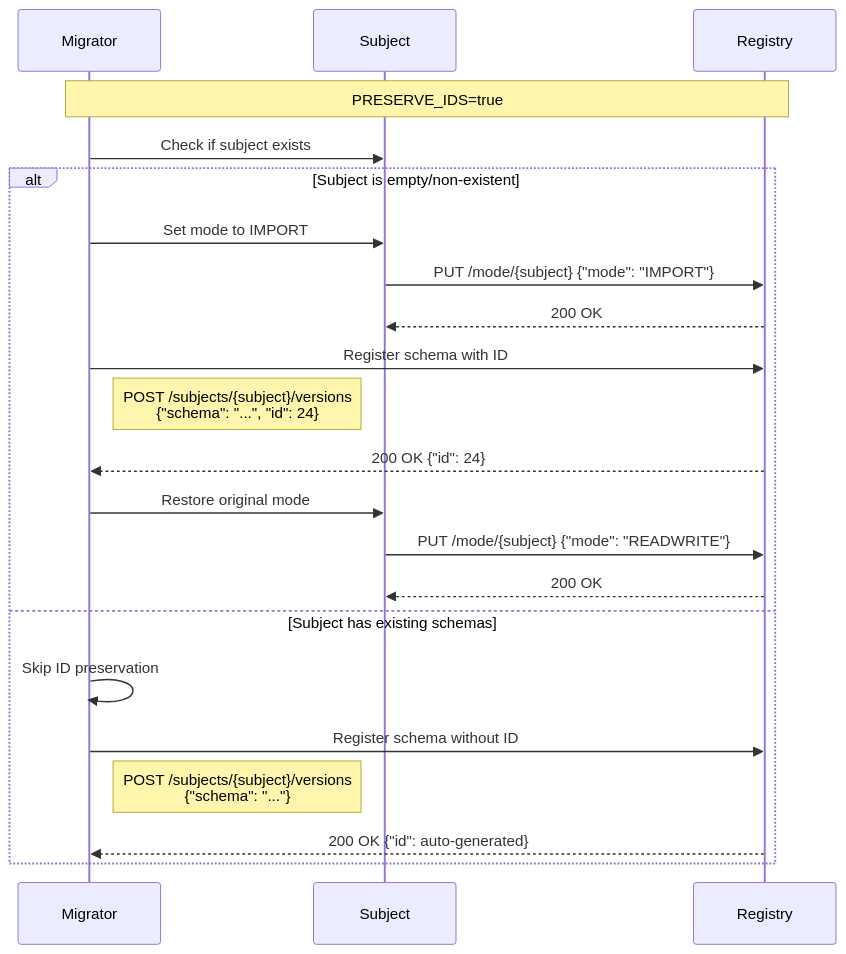
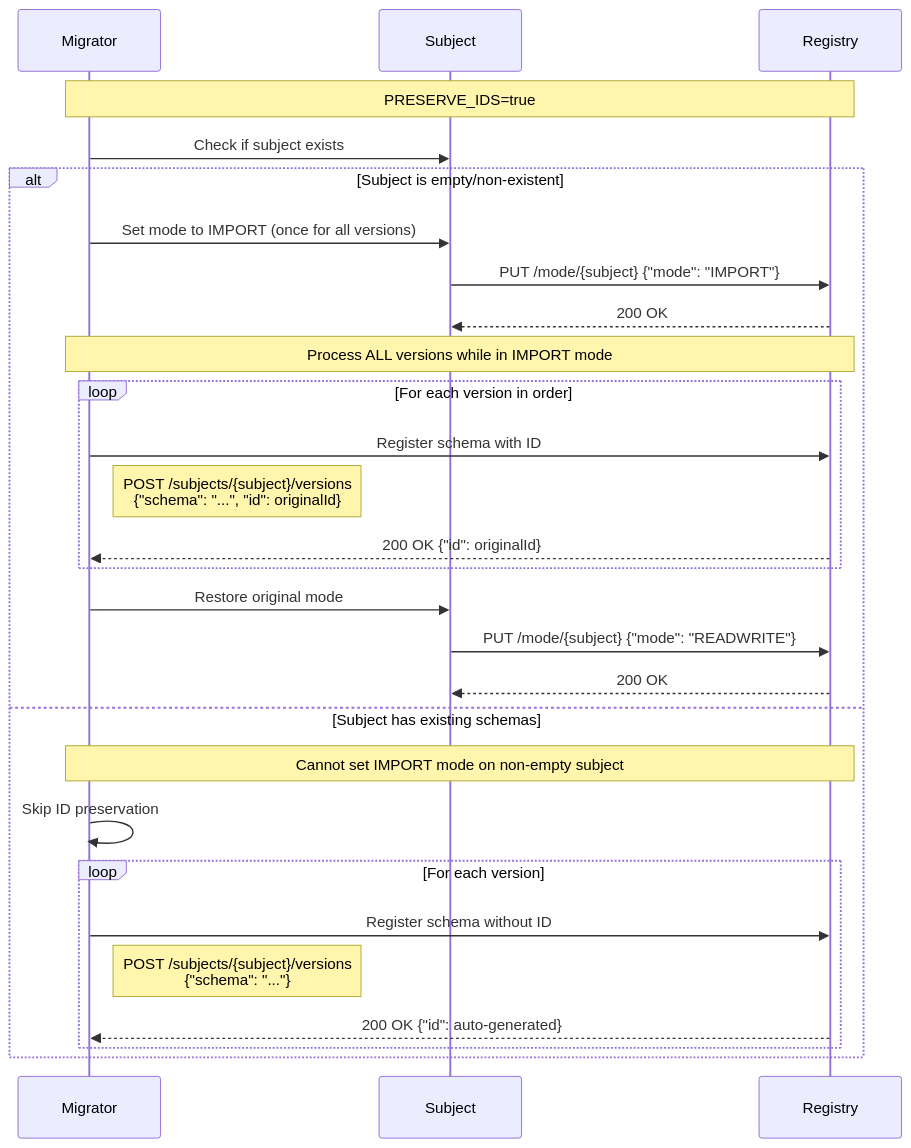
Before and after one commit to aywengo/kafka-schema-reg-migrator: the fifth of 19 diagrams in migration-flow.md, drawn with Mermaid. The commit also changed other lines of this file and 1 other file, not shown here.

First line of the commit message:
Refactor schema migration logic to enhance ID preservation and mode management

````diff
--- a/migration-flow.md
+++ b/migration-flow.md
@@ -234,28 +237,35 @@
 ```mermaid
 sequenceDiagram
     participant M as Migrator
     participant S as Subject
     participant R as Registry
     
     Note over M,R: PRESERVE_IDS=true
     
     M->>S: Check if subject exists
     alt Subject is empty/non-existent
-        M->>S: Set mode to IMPORT
+        M->>S: Set mode to IMPORT (once for all versions)
         S->>R: PUT /mode/{subject} {"mode": "IMPORT"}
         R-->>S: 200 OK
         
-        M->>R: Register schema with ID
-        Note right of M: POST /subjects/{subject}/versions<br/>{"schema": "...", "id": 24}
-        R-->>M: 200 OK {"id": 24}
+        Note over M,R: Process ALL versions while in IMPORT mode
+        
+        loop For each version in order
+            M->>R: Register schema with ID
+            Note right of M: POST /subjects/{subject}/versions<br/>{"schema": "...", "id": originalId}
+            R-->>M: 200 OK {"id": originalId}
+        end
         
         M->>S: Restore original mode
         S->>R: PUT /mode/{subject} {"mode": "READWRITE"}
         R-->>S: 200 OK
     else Subject has existing schemas
+        Note over M,R: Cannot set IMPORT mode on non-empty subject
         M->>M: Skip ID preservation
-        M->>R: Register schema without ID
-        Note right of M: POST /subjects/{subject}/versions<br/>{"schema": "..."}
-        R-->>M: 200 OK {"id": auto-generated}
+        loop For each version
+            M->>R: Register schema without ID
+            Note right of M: POST /subjects/{subject}/versions<br/>{"schema": "..."}
+            R-->>M: 200 OK {"id": auto-generated}
+        end
     end
 ```
````
